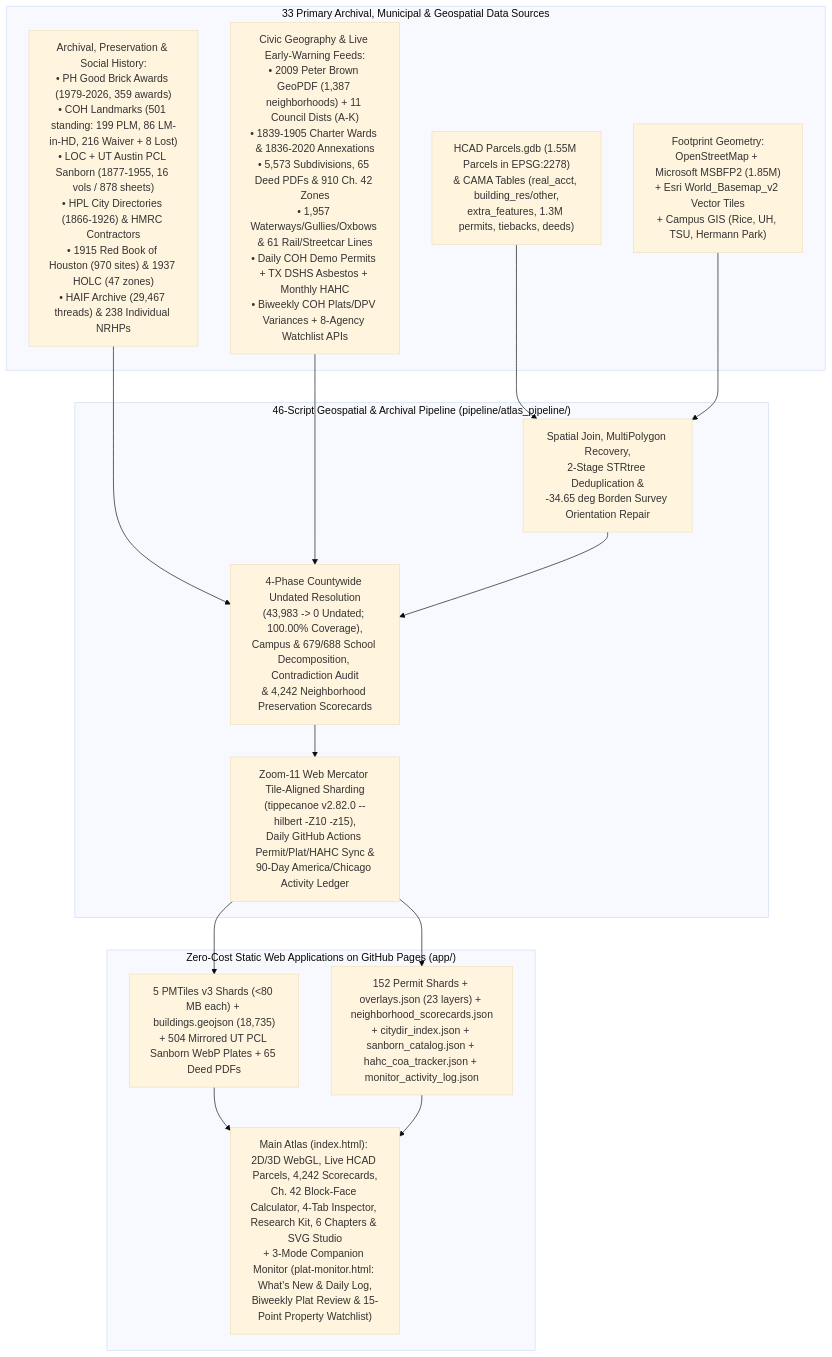
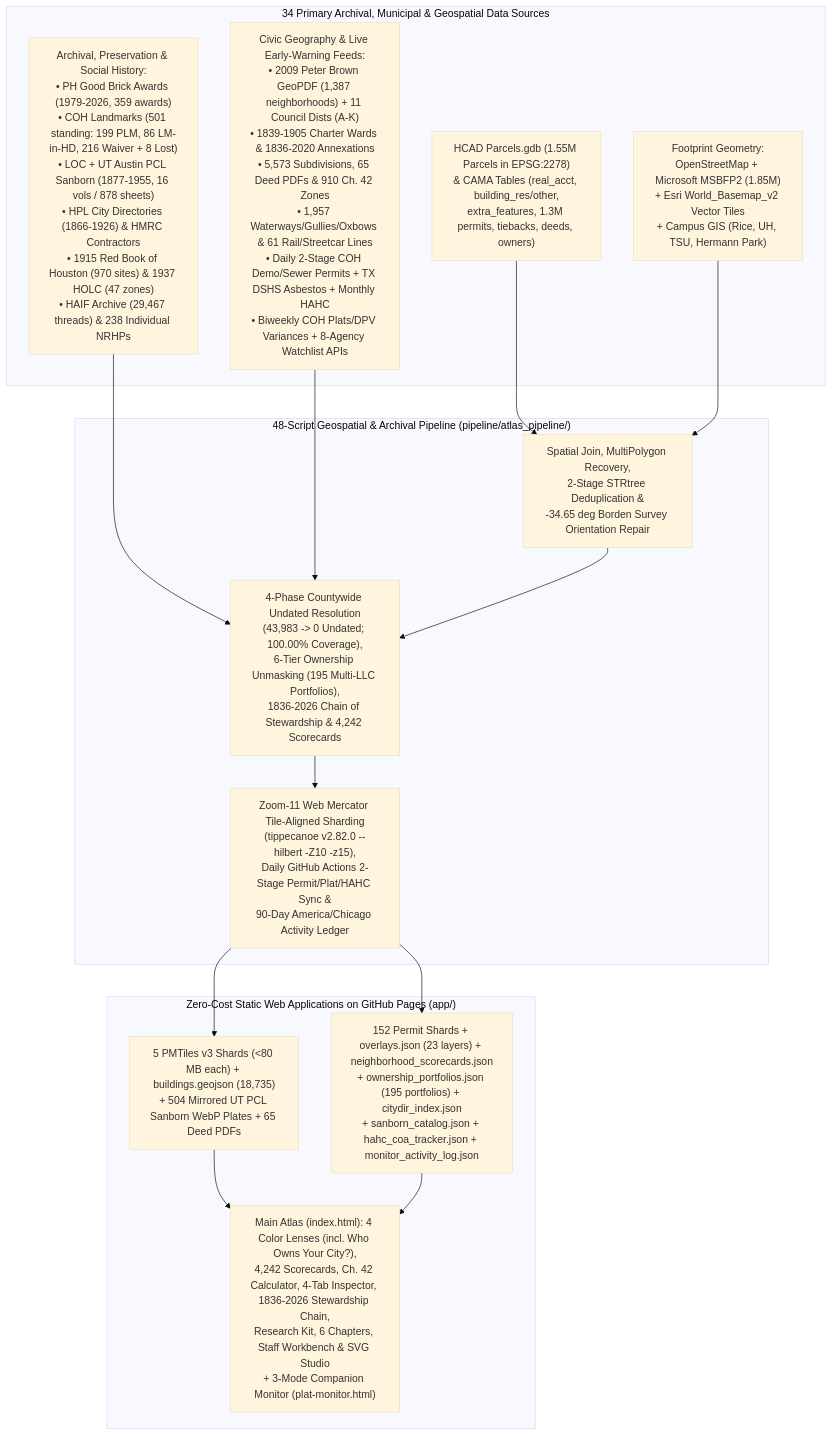
The diagram in README.md (davemorris-gcp/houston-building-atlas), drawn with Mermaid (base theme) before and after one commit. The commit also changed other lines of this file and 17 other files, not shown here.

Commit message:
Docs, UI & CI: remove staff names, document Milestone 5 & 2-stage demo permits with sample links, and sync scorecard family counts

````diff
--- a/README.md
+++ b/README.md
@@ -19,26 +19,26 @@
 ```mermaid
 flowchart TD
-    subgraph Sources["33 Primary Archival, Municipal & Geospatial Data Sources"]
-        S1["HCAD Parcels.gdb (1.55M Parcels in EPSG:2278)\n& CAMA Tables (real_acct, building_res/other,\nextra_features, 1.3M permits, tiebacks, deeds)"]
+    subgraph Sources["34 Primary Archival, Municipal & Geospatial Data Sources"]
+        S1["HCAD Parcels.gdb (1.55M Parcels in EPSG:2278)\n& CAMA Tables (real_acct, building_res/other,\nextra_features, 1.3M permits, tiebacks, deeds, owners)"]
         S2["Footprint Geometry:\nOpenStreetMap + Microsoft MSBFP2 (1.85M)\n+ Esri World_Basemap_v2 Vector Tiles\n+ Campus GIS (Rice, UH, TSU, Hermann Park)"]
         S3["Archival, Preservation & Social History:\n• PH Good Brick Awards (1979-2026, 359 awards)\n• COH Landmarks (501 standing: 199 PLM, 86 LM-in-HD, 216 Waiver + 8 Lost)\n• LOC + UT Austin PCL Sanborn (1877-1955, 16 vols / 878 sheets)\n• HPL City Directories (1866-1926) & HMRC Contractors\n• 1915 Red Book of Houston (970 sites) & 1937 HOLC (47 zones)\n• HAIF Archive (29,467 threads) & 238 Individual NRHPs"]
-        S4["Civic Geography & Live Early-Warning Feeds:\n• 2009 Peter Brown GeoPDF (1,387 neighborhoods) + 11 Council Dists (A-K)\n• 1839-1905 Charter Wards & 1836-2020 Annexations\n• 5,573 Subdivisions, 65 Deed PDFs & 910 Ch. 42 Zones\n• 1,957 Waterways/Gullies/Oxbows & 61 Rail/Streetcar Lines\n• Daily COH Demo Permits + TX DSHS Asbestos + Monthly HAHC\n• Biweekly COH Plats/DPV Variances + 8-Agency Watchlist APIs"]
+        S4["Civic Geography & Live Early-Warning Feeds:\n• 2009 Peter Brown GeoPDF (1,387 neighborhoods) + 11 Council Dists (A-K)\n• 1839-1905 Charter Wards & 1836-2020 Annexations\n• 5,573 Subdivisions, 65 Deed PDFs & 910 Ch. 42 Zones\n• 1,957 Waterways/Gullies/Oxbows & 61 Rail/Streetcar Lines\n• Daily 2-Stage COH Demo/Sewer Permits + TX DSHS Asbestos + Monthly HAHC\n• Biweekly COH Plats/DPV Variances + 8-Agency Watchlist APIs"]
     end
 
-    subgraph Pipeline["46-Script Geospatial & Archival Pipeline (pipeline/atlas_pipeline/)"]
+    subgraph Pipeline["48-Script Geospatial & Archival Pipeline (pipeline/atlas_pipeline/)"]
         P1["Spatial Join, MultiPolygon Recovery,\n2-Stage STRtree Deduplication &\n-34.65 deg Borden Survey Orientation Repair"]
-        P2["4-Phase Countywide Undated Resolution\n(43,983 -> 0 Undated; 100.00% Coverage),\nCampus & 679/688 School Decomposition, Contradiction Audit\n& 4,242 Neighborhood Preservation Scorecards"]
-        P3["Zoom-11 Web Mercator Tile-Aligned Sharding\n(tippecanoe v2.82.0 --hilbert -Z10 -z15),\nDaily GitHub Actions Permit/Plat/HAHC Sync &\n90-Day America/Chicago Activity Ledger"]
+        P2["4-Phase Countywide Undated Resolution\n(43,983 -> 0 Undated; 100.00% Coverage),\n6-Tier Ownership Unmasking (195 Multi-LLC Portfolios),\n1836-2026 Chain of Stewardship & 4,242 Scorecards"]
+        P3["Zoom-11 Web Mercator Tile-Aligned Sharding\n(tippecanoe v2.82.0 --hilbert -Z10 -z15),\nDaily GitHub Actions 2-Stage Permit/Plat/HAHC Sync &\n90-Day America/Chicago Activity Ledger"]
     end
 
     subgraph App["Zero-Cost Static Web Applications on GitHub Pages (app/)"]
         A1["5 PMTiles v3 Shards (<80 MB each) + buildings.geojson (18,735)\n+ 504 Mirrored UT PCL Sanborn WebP Plates + 65 Deed PDFs"]
-        A2["152 Permit Shards + overlays.json (23 layers) + neighborhood_scorecards.json\n+ citydir_index.json + sanborn_catalog.json + hahc_coa_tracker.json + monitor_activity_log.json"]
-        A3["Main Atlas (index.html): 2D/3D WebGL, Live HCAD Parcels, 4,242 Scorecards,\nCh. 42 Block-Face Calculator, 4-Tab Inspector, Research Kit, 6 Chapters & SVG Studio\n+ 3-Mode Companion Monitor (plat-monitor.html: What's New & Daily Log,\nBiweekly Plat Review & 15-Point Property Watchlist)"]
+        A2["152 Permit Shards + overlays.json (23 layers) + neighborhood_scorecards.json\n+ ownership_portfolios.json (195 portfolios) + citydir_index.json\n+ sanborn_catalog.json + hahc_coa_tracker.json + monitor_activity_log.json"]
+        A3["Main Atlas (index.html): 4 Color Lenses (incl. Who Owns Your City?),\n4,242 Scorecards, Ch. 42 Calculator, 4-Tab Inspector, 1836-2026 Stewardship Chain,\nResearch Kit, 6 Chapters, Staff Workbench & SVG Studio\n+ 3-Mode Companion Monitor (plat-monitor.html)"]
     end
 
     S1 & S2 --> P1
     S3 & S4 --> P2
     P1 --> P2 --> P3
     P3 --> A1 & A2 --> A3
 ```
````
